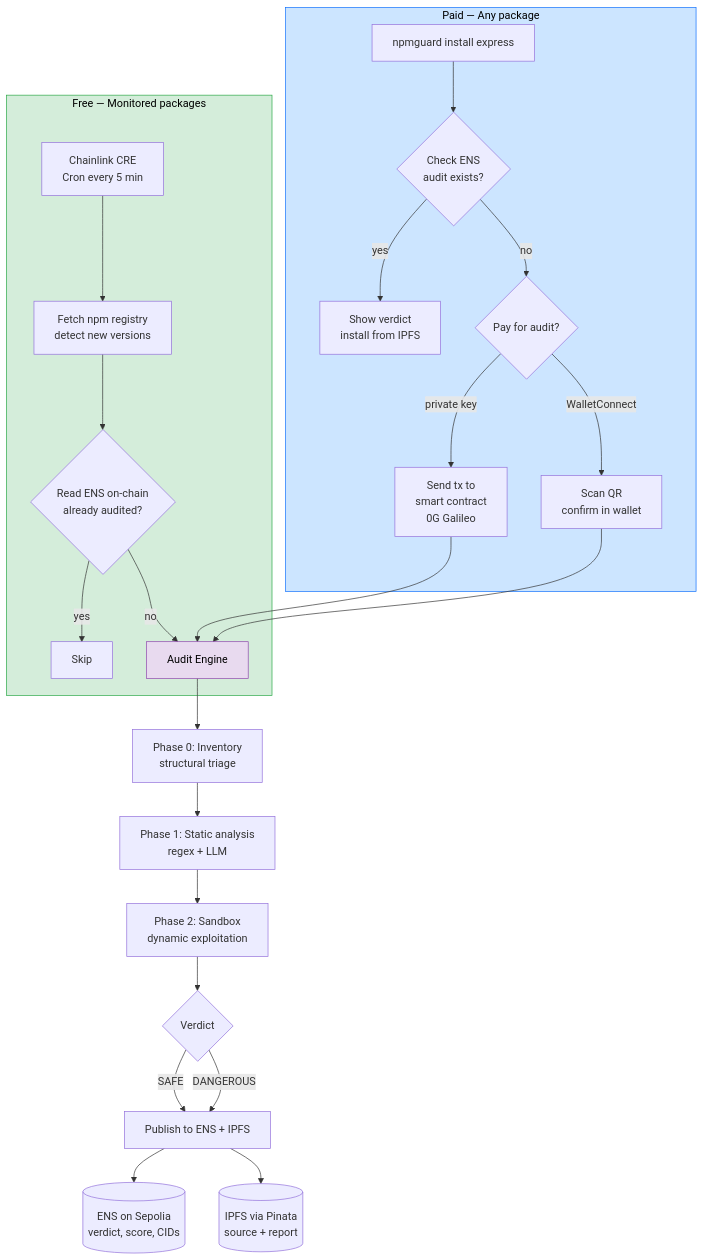
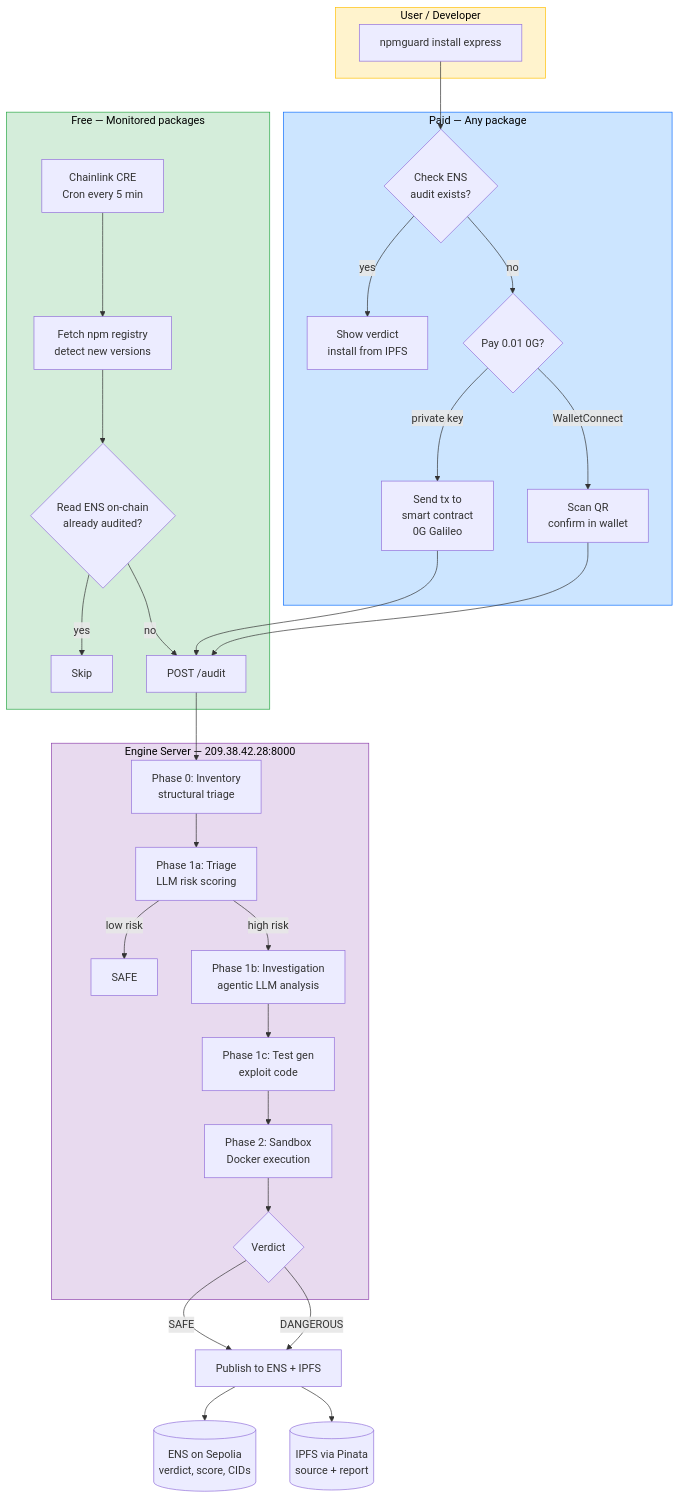
Before and after one commit to kryczkal/EthCannes2026: the first of 2 diagrams in README.md, drawn with Mermaid. The commit also changed other lines of this file, not shown here.

````diff
--- a/README.md
+++ b/README.md
@@ -13,33 +13,43 @@
 ```mermaid
 flowchart TD
+    subgraph USER["User / Developer"]
+        CLI[npmguard install express]
+    end
+
     subgraph FREE["Free — Monitored packages"]
         CRON[Chainlink CRE<br/>Cron every 5 min] --> NPM[Fetch npm registry<br/>detect new versions]
         NPM --> ENS_CHECK{Read ENS on-chain<br/>already audited?}
         ENS_CHECK -->|yes| SKIP[Skip]
-        ENS_CHECK -->|no| ENGINE
+        ENS_CHECK -->|no| ENGINE_API
     end
 
     subgraph PAID["Paid — Any package"]
-        CLI_INSTALL[npmguard install express] --> ENS_READ{Check ENS<br/>audit exists?}
+        CLI --> ENS_READ{Check ENS<br/>audit exists?}
         ENS_READ -->|yes| SHOW[Show verdict<br/>install from IPFS]
-        ENS_READ -->|no| PAY{Pay for audit?}
+        ENS_READ -->|no| PAY{Pay 0.01 0G?}
         PAY -->|private key| TX[Send tx to<br/>smart contract<br/>0G Galileo]
         PAY -->|WalletConnect| QR[Scan QR<br/>confirm in wallet]
-        TX --> ENGINE
-        QR --> ENGINE
+        TX --> ENGINE_API
+        QR --> ENGINE_API
     end
 
-    ENGINE[Audit Engine] --> INVENTORY[Phase 0: Inventory<br/>structural triage]
-    INVENTORY --> STATIC[Phase 1: Static analysis<br/>regex + LLM]
-    STATIC --> SANDBOX[Phase 2: Sandbox<br/>dynamic exploitation]
-    SANDBOX --> VERDICT{Verdict}
+    subgraph SERVER["Engine Server — 209.38.42.28:8000"]
+        ENGINE_API[POST /audit] --> INVENTORY[Phase 0: Inventory<br/>structural triage]
+        INVENTORY --> TRIAGE[Phase 1a: Triage<br/>LLM risk scoring]
+        TRIAGE -->|low risk| SAFE_FAST[SAFE]
+        TRIAGE -->|high risk| INVESTIGATE[Phase 1b: Investigation<br/>agentic LLM analysis]
+        INVESTIGATE --> TESTGEN[Phase 1c: Test gen<br/>exploit code]
+        TESTGEN --> SANDBOX[Phase 2: Sandbox<br/>Docker execution]
+        SANDBOX --> VERDICT{Verdict}
+    end
 
     VERDICT -->|SAFE| PUBLISH[Publish to ENS + IPFS]
     VERDICT -->|DANGEROUS| PUBLISH
     PUBLISH --> ENS_STORE[(ENS on Sepolia<br/>verdict, score, CIDs)]
     PUBLISH --> IPFS_STORE[(IPFS via Pinata<br/>source + report)]
 
+    style USER fill:#fff3cd,stroke:#ffc107,color:#000
     style FREE fill:#d4edda,stroke:#28a745,color:#000
     style PAID fill:#cce5ff,stroke:#0d6efd,color:#000
-    style ENGINE fill:#e8daef,stroke:#8e44ad,color:#000
+    style SERVER fill:#e8daef,stroke:#8e44ad,color:#000
 ```
````
